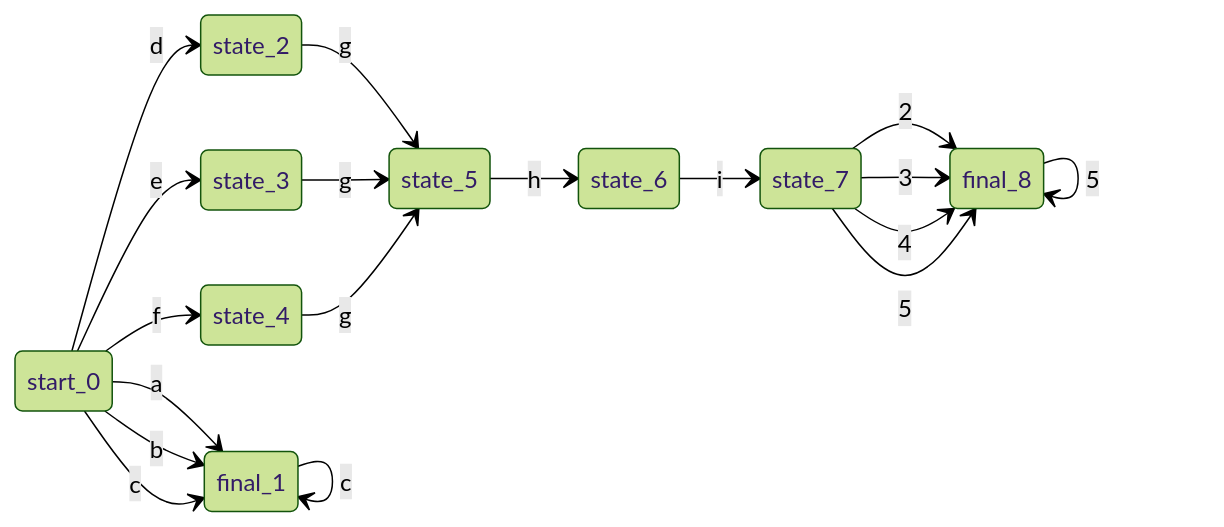
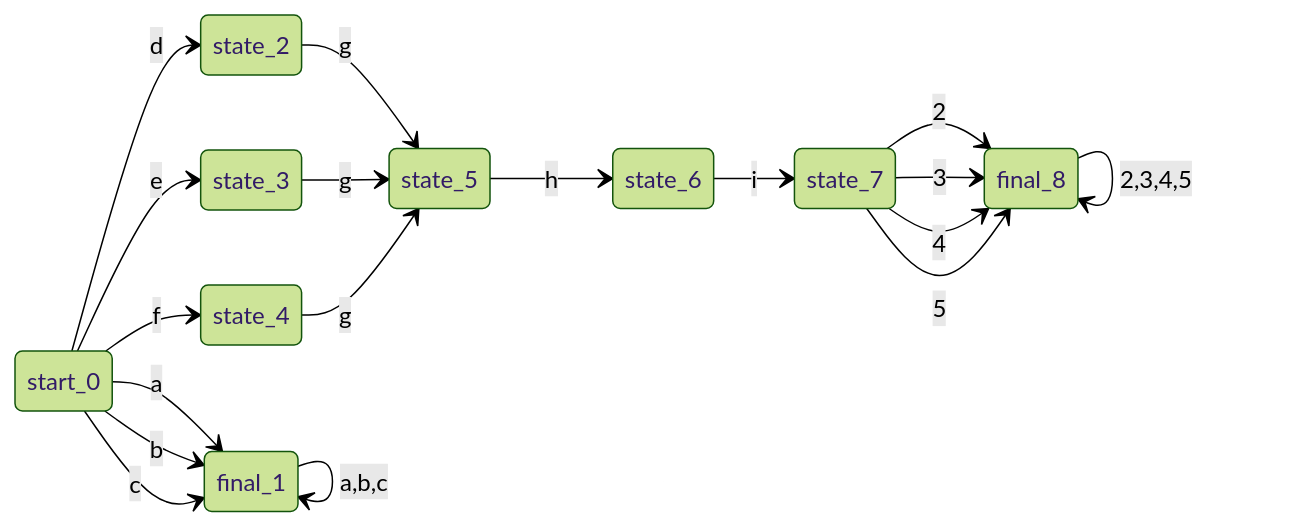
Before and after one commit to ZZH-Finalize/Generic-Laxer: diagram 23 of 24 in regex_visualize.md, drawn with Mermaid (forest theme). The commit also changed other lines of this file and 1 other file, not shown here.

Commit message:
solve same transition only display one char

````diff
--- a/regex_visualize.md
+++ b/regex_visualize.md
@@ -315,27 +315,22 @@
 ```mermaid
 stateDiagram-v2
 direction LR
 
 start_0 --> final_1 : a
 start_0 --> final_1 : b
 start_0 --> final_1 : c
 start_0 --> state_2 : d
 start_0 --> state_3 : e
 start_0 --> state_4 : f
-final_1 --> final_1 : a
-final_1 --> final_1 : b
-final_1 --> final_1 : c
 state_2 --> state_5 : g
 state_3 --> state_5 : g
 state_4 --> state_5 : g
 state_5 --> state_6 : h
 state_6 --> state_7 : i
 state_7 --> final_8 : 2
 state_7 --> final_8 : 3
 state_7 --> final_8 : 4
 state_7 --> final_8 : 5
-final_8 --> final_8 : 2
-final_8 --> final_8 : 3
-final_8 --> final_8 : 4
-final_8 --> final_8 : 5
+final_1 --> final_1 : a,b,c
+final_8 --> final_8 : 2,3,4,5
 ```
````
